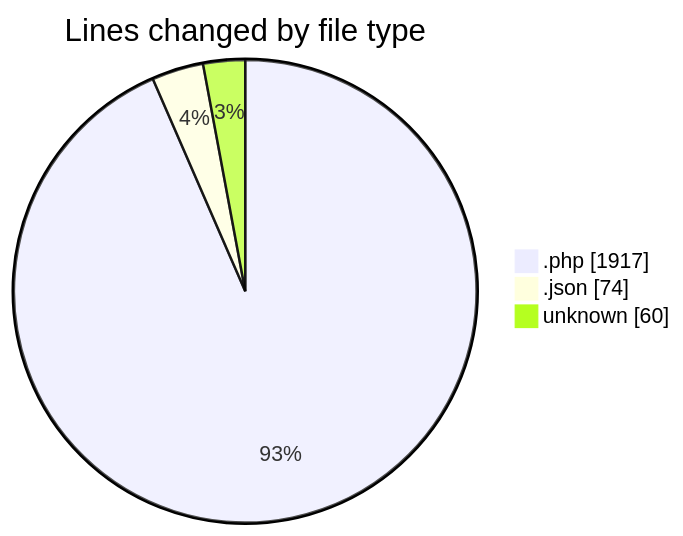
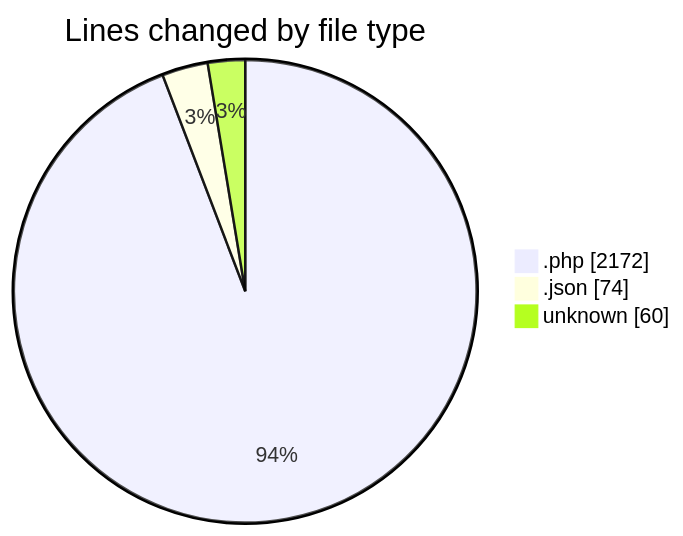
One commit to lephambinh05/code-tracking changed the first of 2 diagrams in 2025-08-19/quytuthien_vn/README.md. Above: the diagram before and after it, drawn with Mermaid. The commit also changed other lines of this file and 1 other file, not shown here.

````diff
--- a/2025-08-19/quytuthien_vn/README.md
+++ b/2025-08-19/quytuthien_vn/README.md
@@ -70,7 +77,7 @@
 ```mermaid
 pie showData
 title Lines changed by file type
-".php" : 1917
+".php" : 2172
 ".json" : 74
 "unknown" : 60
 ```
````
